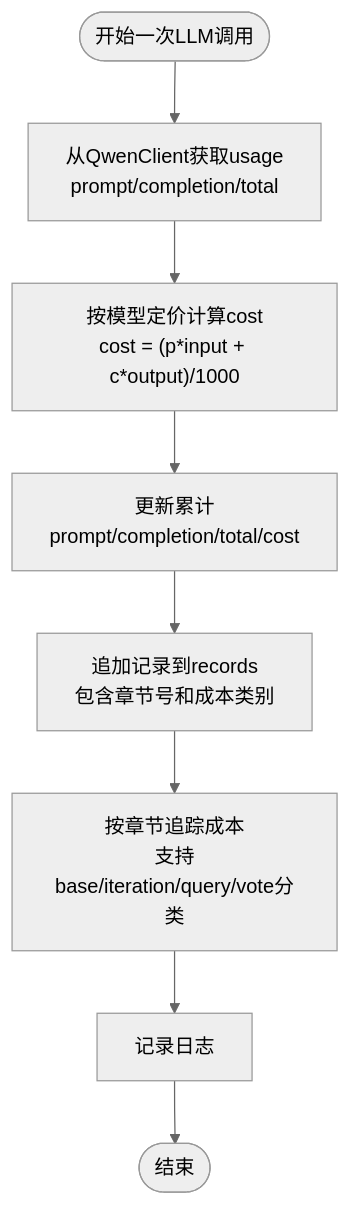
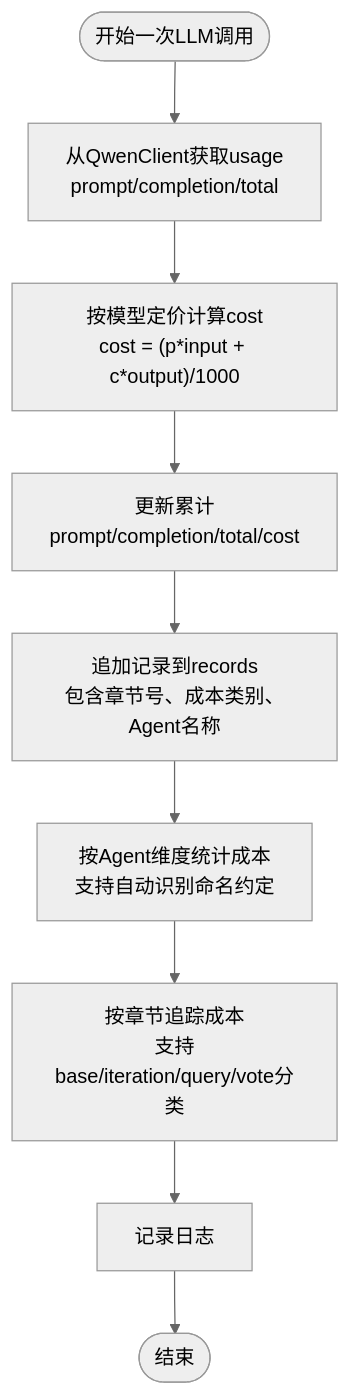
One commit to xfbyxq/ai-novel-system changed the third of 8 diagrams in .qoder/repowiki/zh/content/LLM集成架构/成本追踪系统.md. Above: the diagram before and after it, drawn with Mermaid (neutral theme). The commit also changed other lines of this file and 5 other files, not shown here.

````diff
--- a/.qoder/repowiki/zh/content/LLM集成架构/成本追踪系统.md
+++ b/.qoder/repowiki/zh/content/LLM集成架构/成本追踪系统.md
@@ -182,10 +208,11 @@
 ```mermaid
 flowchart TD
 Start(["开始一次LLM调用"]) --> GetUsage["从QwenClient获取usage<br/>prompt/completion/total"]
 GetUsage --> CalcCost["按模型定价计算cost<br/>cost = (p*input + c*output)/1000"]
 CalcCost --> UpdateStats["更新累计prompt/completion/total/cost"]
-UpdateStats --> AppendRecord["追加记录到records<br/>包含章节号和成本类别"]
-AppendRecord --> ChapterTracking["按章节追踪成本<br/>支持base/iteration/query/vote分类"]
+UpdateStats --> AppendRecord["追加记录到records<br/>包含章节号、成本类别、Agent名称"]
+AppendRecord --> AgentTracking["按Agent维度统计成本<br/>支持自动识别命名约定"]
+AgentTracking --> ChapterTracking["按章节追踪成本<br/>支持base/iteration/query/vote分类"]
 ChapterTracking --> LogInfo["记录日志"]
 LogInfo --> End(["结束"])
 ```
````
